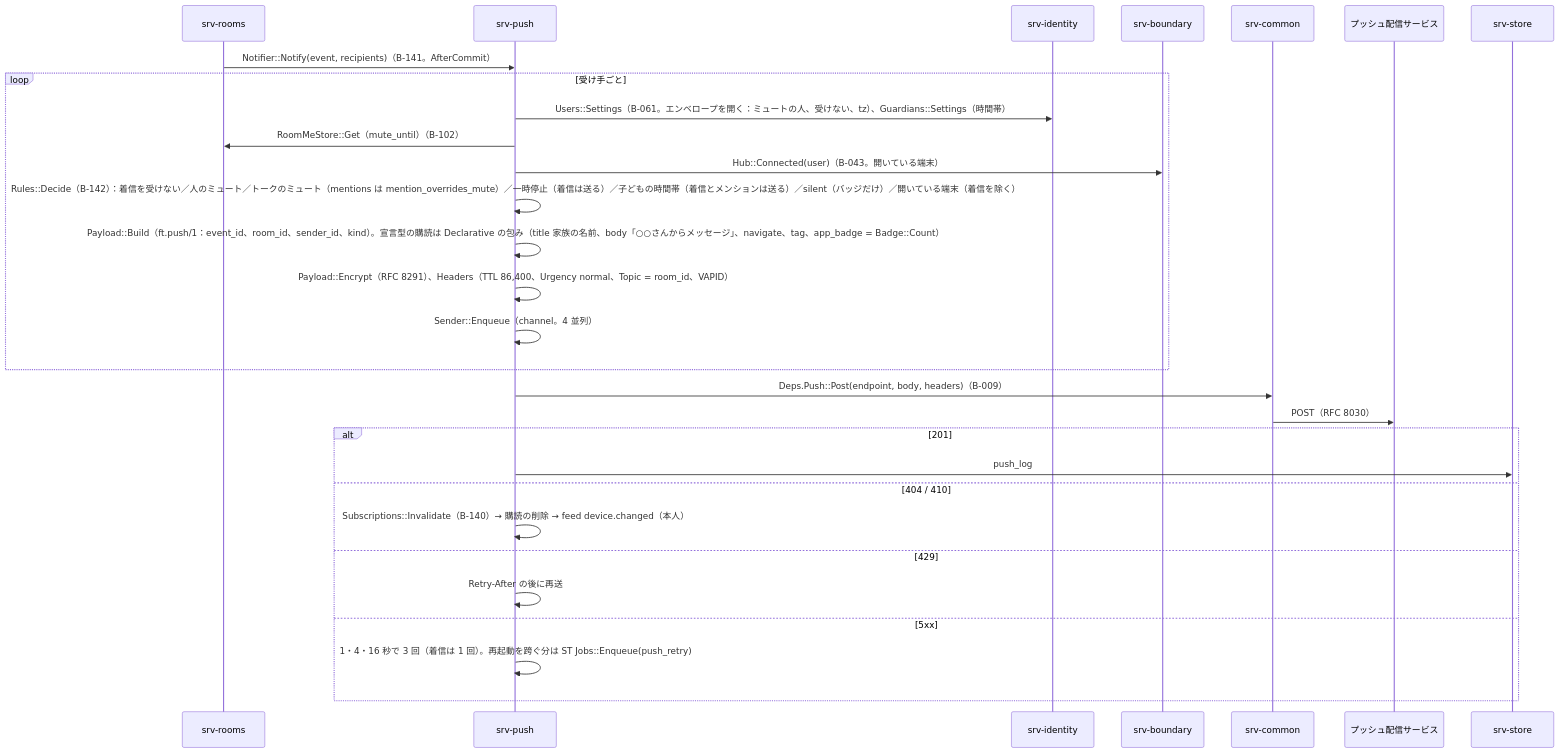
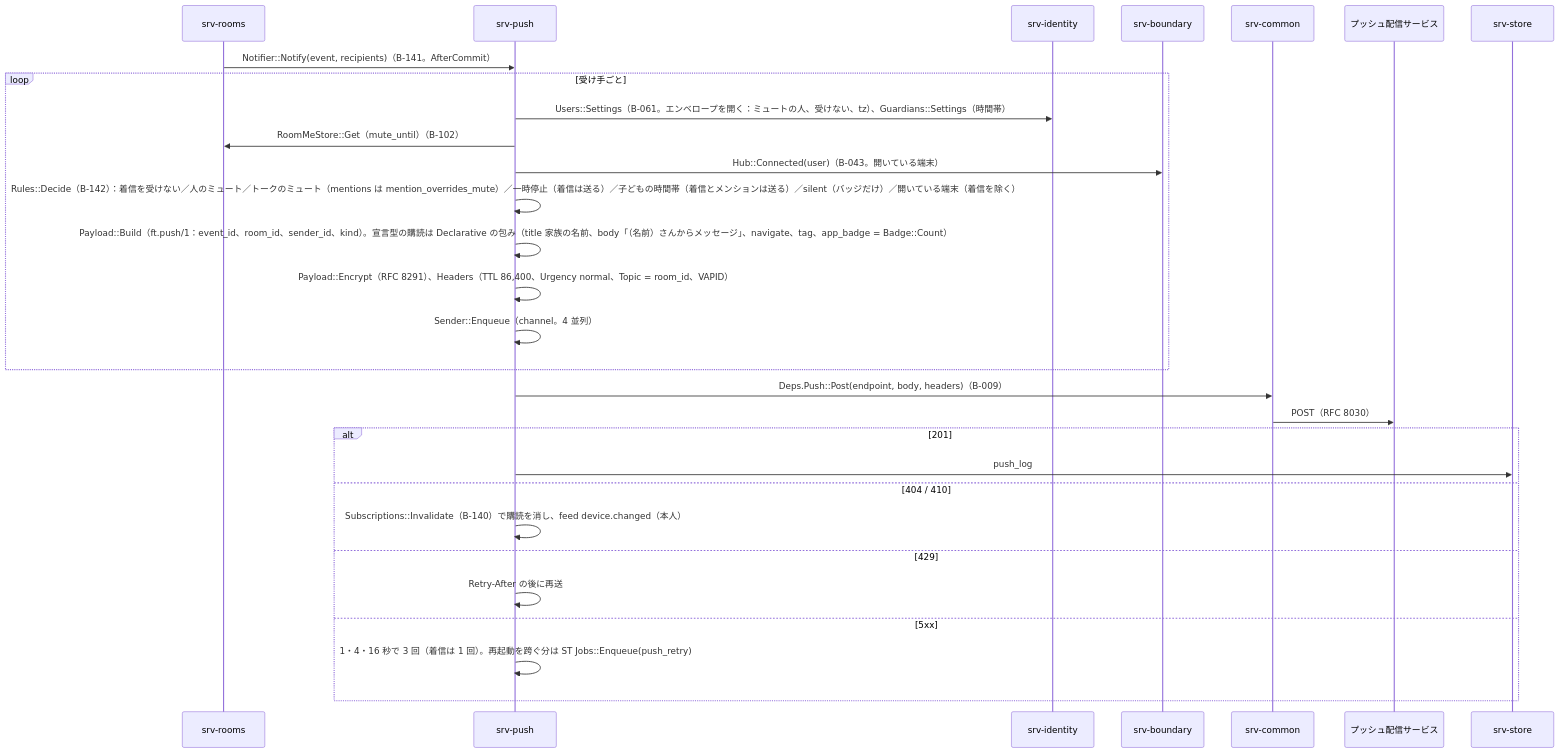
The first of 5 diagrams in dev/docs/jp/シーケンス/08_通知.md (nrsd-ishikawasou/family-talk-pwa), drawn with Mermaid before and after one commit. The commit also changed other lines of this file and 290 other files, not shown here.

````diff
--- a/dev/docs/jp/シーケンス/08_通知.md
+++ b/dev/docs/jp/シーケンス/08_通知.md
@@ -10,31 +16,31 @@
 ```mermaid
 sequenceDiagram
   participant RM as srv-rooms
   participant PS as srv-push
   participant ID as srv-identity
   participant BD as srv-boundary
   participant CM as srv-common
   participant REL as プッシュ配信サービス
   participant ST as srv-store
   RM->>PS: Notifier::Notify(event, recipients)（B-141。AfterCommit）
   loop 受け手ごと
     PS->>ID: Users::Settings（B-061。エンベロープを開く：ミュートの人、受けない、tz）、Guardians::Settings（時間帯）
     PS->>RM: RoomMeStore::Get（mute_until）（B-102）
     PS->>BD: Hub::Connected(user)（B-043。開いている端末）
     PS->>PS: Rules::Decide（B-142）：着信を受けない／人のミュート／トークのミュート（mentions は mention_overrides_mute）／一時停止（着信は送る）／子どもの時間帯（着信とメンションは送る）／silent（バッジだけ）／開いている端末（着信を除く）
-    PS->>PS: Payload::Build（ft.push/1：event_id、room_id、sender_id、kind）。宣言型の購読は Declarative の包み（title 家族の名前、body「○○さんからメッセージ」、navigate、tag、app_badge = Badge::Count）
+    PS->>PS: Payload::Build（ft.push/1：event_id、room_id、sender_id、kind）。宣言型の購読は Declarative の包み（title 家族の名前、body「（名前）さんからメッセージ」、navigate、tag、app_badge = Badge::Count）
     PS->>PS: Payload::Encrypt（RFC 8291）、Headers（TTL 86,400、Urgency normal、Topic = room_id、VAPID）
     PS->>PS: Sender::Enqueue（channel。4 並列）
   end
   PS->>CM: Deps.Push::Post(endpoint, body, headers)（B-009）
   CM->>REL: POST（RFC 8030）
   alt 201
     PS->>ST: push_log
   else 404 / 410
-    PS->>PS: Subscriptions::Invalidate（B-140）→ 購読の削除 → feed device.changed（本人）
+    PS->>PS: Subscriptions::Invalidate（B-140）で購読を消し、feed device.changed（本人）
   else 429
     PS->>PS: Retry-After の後に再送
   else 5xx
     PS->>PS: 1・4・16 秒で 3 回（着信は 1 回）。再起動を跨ぐ分は ST Jobs::Enqueue(push_retry)
   end
 ```
````
